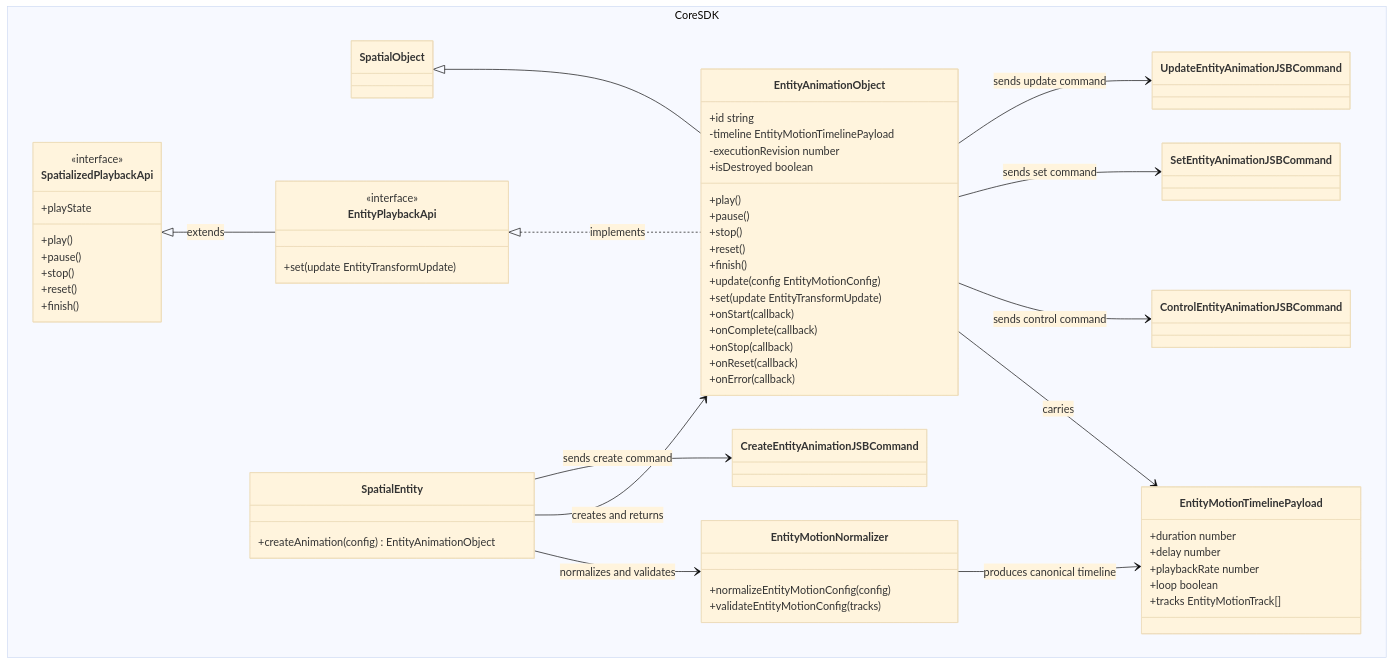
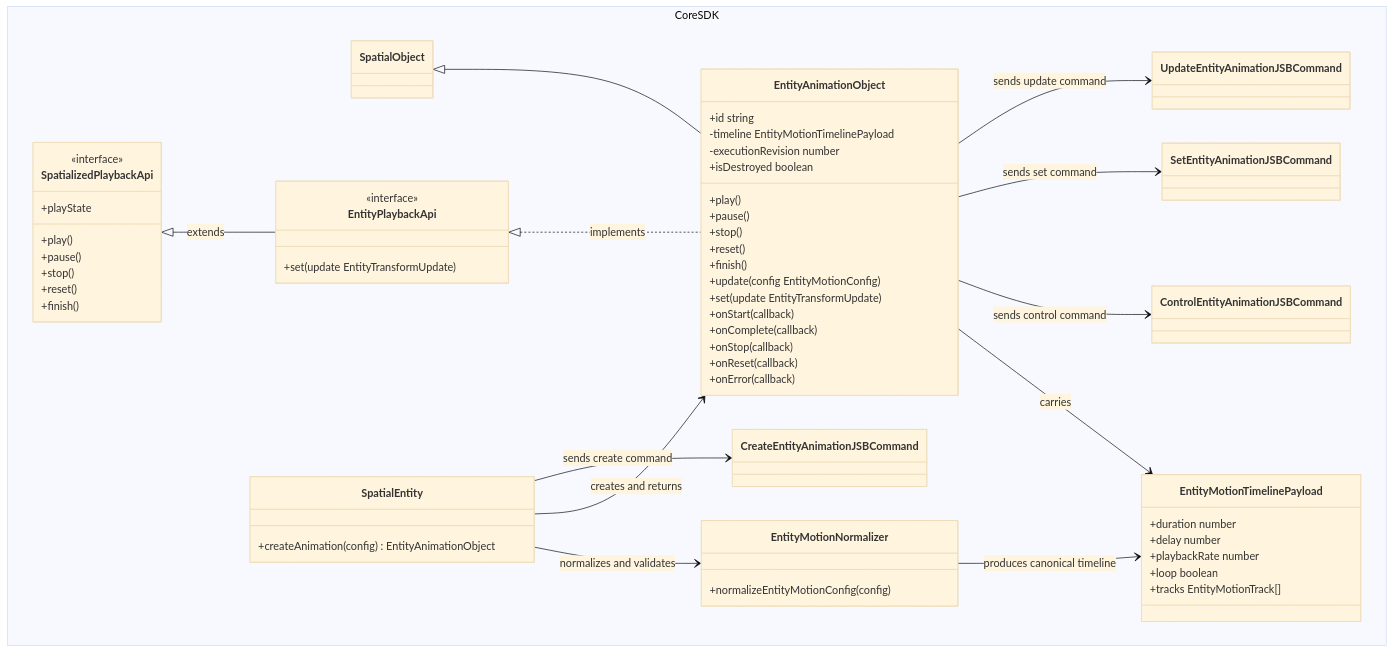
One commit to webspatial/webspatial-sdk changed the sixth of 14 diagrams in openspec/changes/redesign-entity-motion-api/design.md. Above: the diagram before and after it, drawn with Mermaid (base theme). The commit also changed other lines of this file and 1 other file, not shown here.

Commit message:
docs(openspec): align entity motion normalizer design

````diff
--- a/openspec/changes/redesign-entity-motion-api/design.md
+++ b/openspec/changes/redesign-entity-motion-api/design.md
@@ -604,66 +601,65 @@
 ```mermaid
 classDiagram
     namespace CoreSDK {
         class SpatialObject
         class SpatializedPlaybackApi {
             <<interface>>
             +play()
             +pause()
             +stop()
             +reset()
             +finish()
             +playState
         }
         class EntityPlaybackApi {
             <<interface>>
             +set(update EntityTransformUpdate)
         }
         class SpatialEntity {
             +createAnimation(config) EntityAnimationObject
         }
         class EntityMotionNormalizer {
             +normalizeEntityMotionConfig(config)
-            +validateEntityMotionConfig(tracks)
         }
         class EntityMotionTimelinePayload {
             +duration number
             +delay number
             +playbackRate number
             +loop boolean
             +tracks EntityMotionTrack[]
         }
         class EntityAnimationObject {
             +id string
             -timeline EntityMotionTimelinePayload
             -executionRevision number
             +isDestroyed boolean
             +play()
             +pause()
             +stop()
             +reset()
             +finish()
             +update(config EntityMotionConfig)
             +set(update EntityTransformUpdate)
             +onStart(callback)
             +onComplete(callback)
             +onStop(callback)
             +onReset(callback)
             +onError(callback)
         }
         class CreateEntityAnimationJSBCommand
         class ControlEntityAnimationJSBCommand
         class SetEntityAnimationJSBCommand
         class UpdateEntityAnimationJSBCommand
     }
     SpatializedPlaybackApi <|-- EntityPlaybackApi : extends
     SpatialObject <|-- EntityAnimationObject
     EntityPlaybackApi <|.. EntityAnimationObject : implements
     SpatialEntity --> EntityMotionNormalizer : normalizes and validates
     EntityMotionNormalizer --> EntityMotionTimelinePayload : produces canonical timeline
     SpatialEntity --> EntityAnimationObject : creates and returns
     EntityAnimationObject --> EntityMotionTimelinePayload : carries
     SpatialEntity --> CreateEntityAnimationJSBCommand : sends create command
     EntityAnimationObject --> ControlEntityAnimationJSBCommand : sends control command
     EntityAnimationObject --> SetEntityAnimationJSBCommand : sends set command
     EntityAnimationObject --> UpdateEntityAnimationJSBCommand : sends update command
 ```
````
